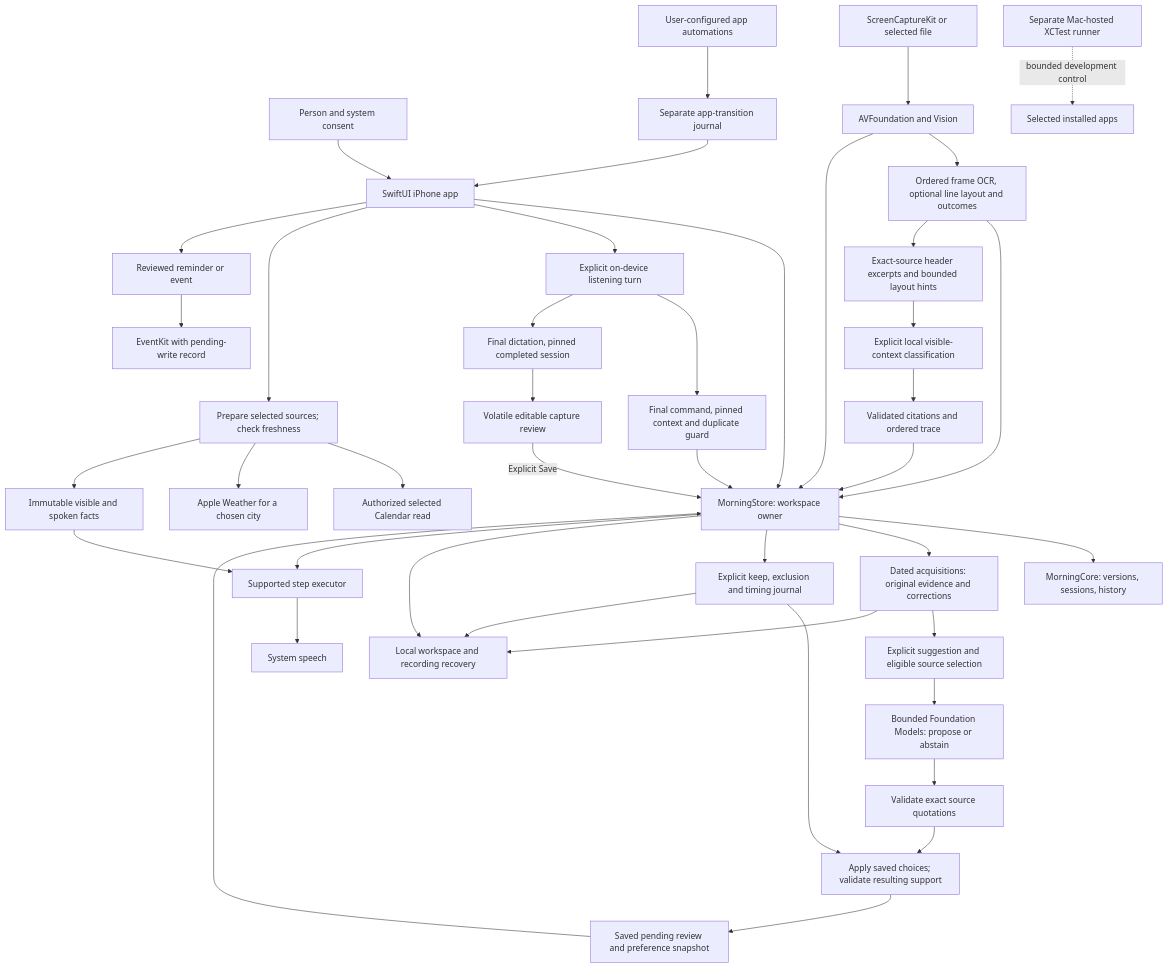
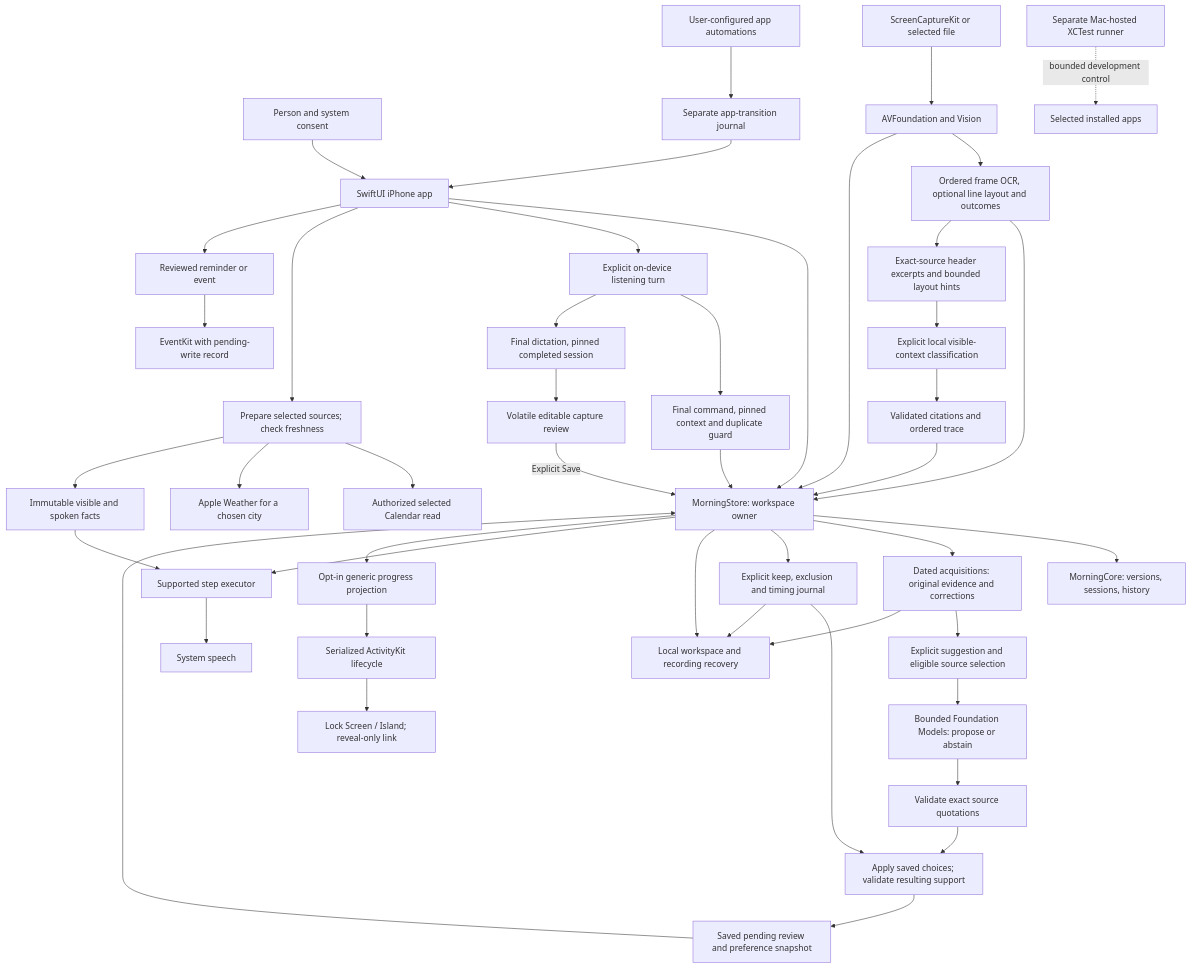
Before and after one commit to gderamchi/morning-operator: the first of 4 diagrams in docs/ARCHITECTURE.md, drawn with Mermaid. The commit also changed other lines of this file and 9 other files, not shown here.

````diff
--- a/docs/ARCHITECTURE.md
+++ b/docs/ARCHITECTURE.md
@@ -15,44 +15,47 @@
 ```mermaid
 flowchart TB
     Person["Person and system consent"] --> UI["SwiftUI iPhone app"]
     UI --> Store["MorningStore: workspace owner"]
     Capture["ScreenCaptureKit or selected file"] --> Media["AVFoundation and Vision"]
     Media --> Frames["Ordered frame OCR, optional line layout and outcomes"]
     Frames --> Store
     Frames --> Excerpts["Exact-source header excerpts and bounded layout hints"]
     Excerpts --> Context["Explicit local visible-context classification"]
     Context --> Trace["Validated citations and ordered trace"]
     Trace --> Store
     Media --> Store
     Store --> Core["MorningCore: versions, sessions, history"]
     Store --> Archive["Dated acquisitions: original evidence and corrections"]
     Archive --> Selection["Explicit suggestion and eligible source selection"]
     Selection --> Model["Bounded Foundation Models: propose or abstain"]
     Model --> Citations["Validate exact source quotations"]
     Store --> Preferences["Explicit keep, exclusion and timing journal"]
     Citations --> Reconcile["Apply saved choices; validate resulting support"]
     Preferences --> Reconcile
     Reconcile --> Pending["Saved pending review and preference snapshot"]
     Pending --> Store
     Preferences --> Disk
     Archive --> Disk
     Store --> Disk["Local workspace and recording recovery"]
     Store --> Runner["Supported step executor"]
+    Store --> Projection["Opt-in generic progress projection"]
+    Projection --> Activity["Serialized ActivityKit lifecycle"]
+    Activity --> Widget["Lock Screen / Island; reveal-only link"]
     Runner --> Speech["System speech"]
     UI --> Listener["Explicit on-device listening turn"]
     Listener --> Command["Final command, pinned context and duplicate guard"]
     Command --> Store
     Listener --> CaptureText["Final dictation, pinned completed session"]
     CaptureText --> CaptureReview["Volatile editable capture review"]
     CaptureReview -->|Explicit Save| Store
     UI --> Briefing["Prepare selected sources; check freshness"]
     Briefing --> Calendar["Authorized selected Calendar read"]
     Briefing --> Weather["Apple Weather for a chosen city"]
     Briefing --> Prepared["Immutable visible and spoken facts"]
     Prepared --> Runner
     UI --> ReviewedSave["Reviewed reminder or event"]
     ReviewedSave --> EventKit["EventKit with pending-write record"]
     Shortcuts["User-configured app automations"] --> Journal["Separate app-transition journal"]
     Journal --> UI
     Harness["Separate Mac-hosted XCTest runner"] -. "bounded development control" .-> OtherApps["Selected installed apps"]
 ```
````
